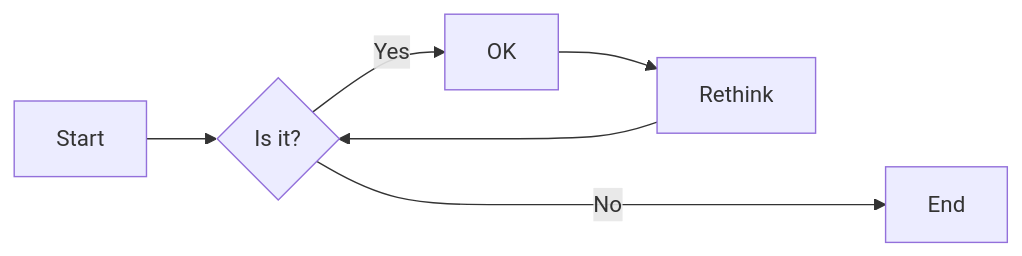
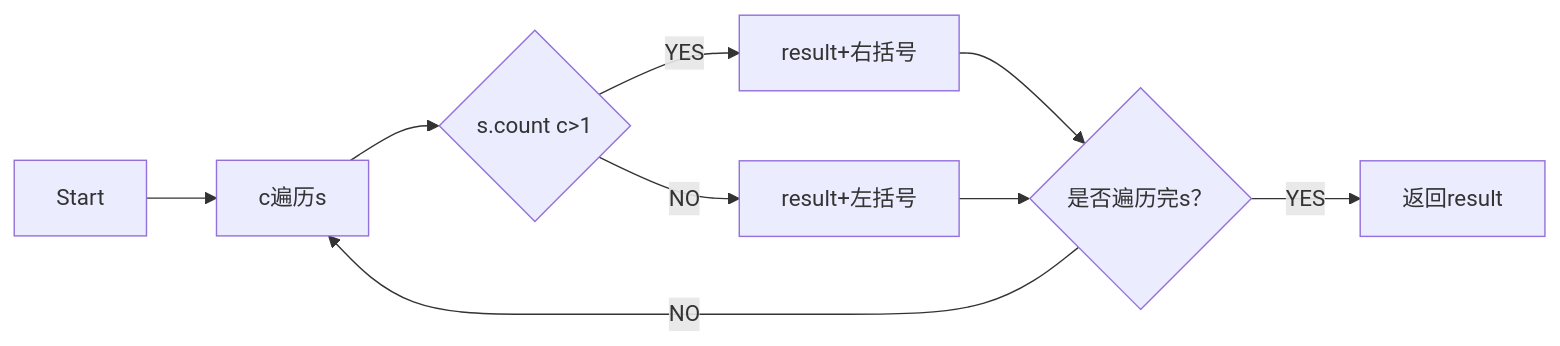
One commit to bahdksnxja/python_tasks changed the first of 2 diagrams in experience/experiment3.md. Above: the diagram before and after it, drawn with Mermaid. The commit also changed other lines of this file and 5 other files, not shown here.

````diff
--- a/experience/experiment3.md
+++ b/experience/experiment3.md
@@ -194,8 +226,11 @@
 ```mermaid
 flowchart LR
-    A[Start] --> B{Is it?}
-    B -->|Yes| C[OK]
-    C --> D[Rethink]
-    D --> B
-    B ---->|No| E[End]
+    A[Start] --> B[c遍历s]
+    B --> C{s.count c>1}
+    C -->|YES|D[ result+右括号]
+    C -->|NO|E[ result+左括号]
+    D-->F{是否遍历完s？}
+    E-->F
+    F-->|YES|G[返回result]
+    F-->|NO|B
 ```
````
